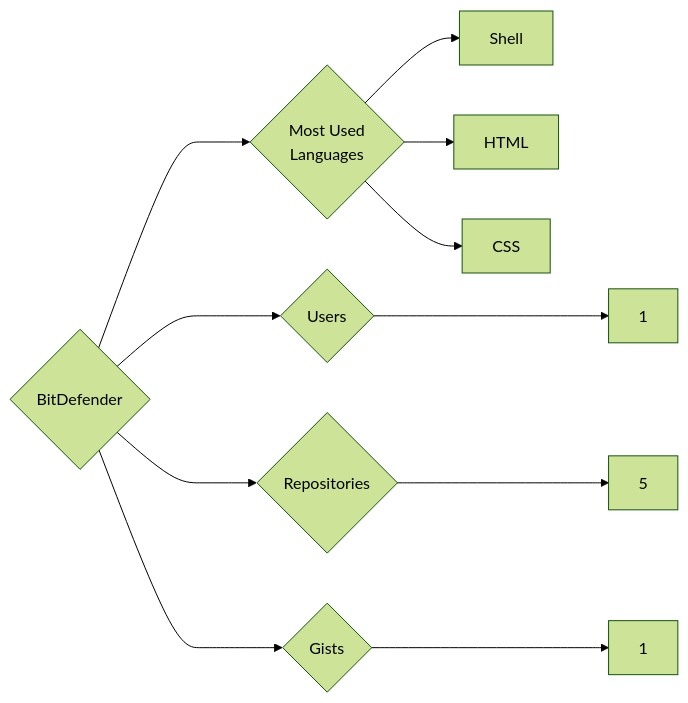
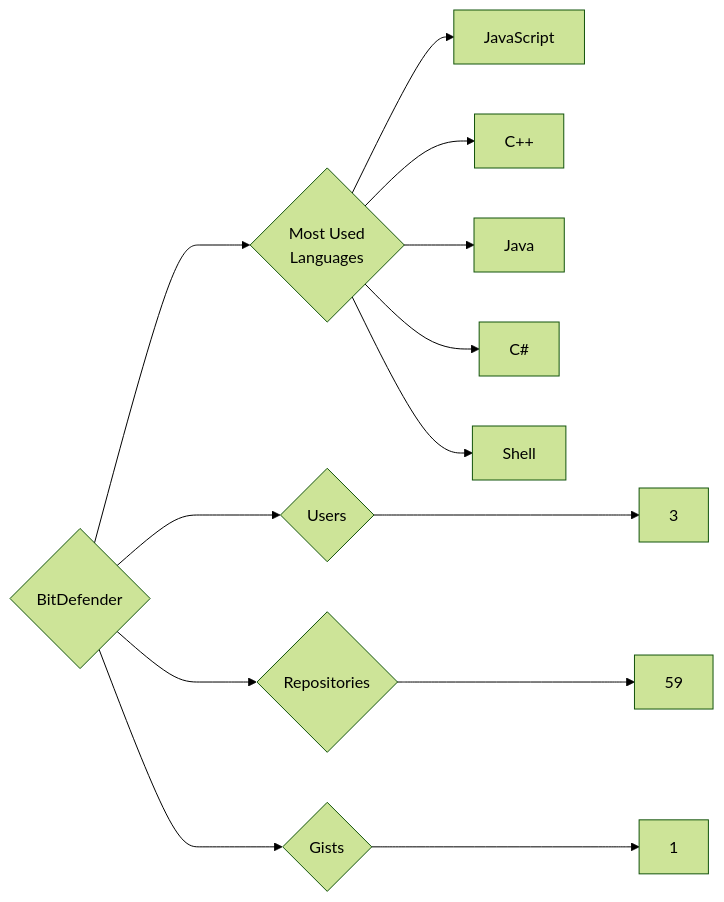
The diagram in targets/BitDefender/README.md (trickest/insiders), drawn with Mermaid (forest theme) before and after one commit. The commit also changed 934 other files, not shown here.

````diff
--- a/targets/BitDefender/README.md
+++ b/targets/BitDefender/README.md
@@ -3,11 +3,13 @@
 ```mermaid
 graph LR
 COMPANY_NAME{BitDefender}
-COMPANY_NAME ---> U{Users} ---> UN[1]
-COMPANY_NAME ---> R{Repositories} ---> RN[5]
+COMPANY_NAME ---> U{Users} ---> UN[3]
+COMPANY_NAME ---> R{Repositories} ---> RN[59]
 COMPANY_NAME ---> G{Gists} ---> GN[1]
 COMPANY_NAME ---> ML{Most Used<br>Languages}
+ML --> JavaScript[JavaScript]
+ML --> C++[C++]
+ML --> Java[Java]
+ML --> C#[C#]
 ML --> Shell[Shell]
-ML --> HTML[HTML]
-ML --> CSS[CSS]
 ```
````
